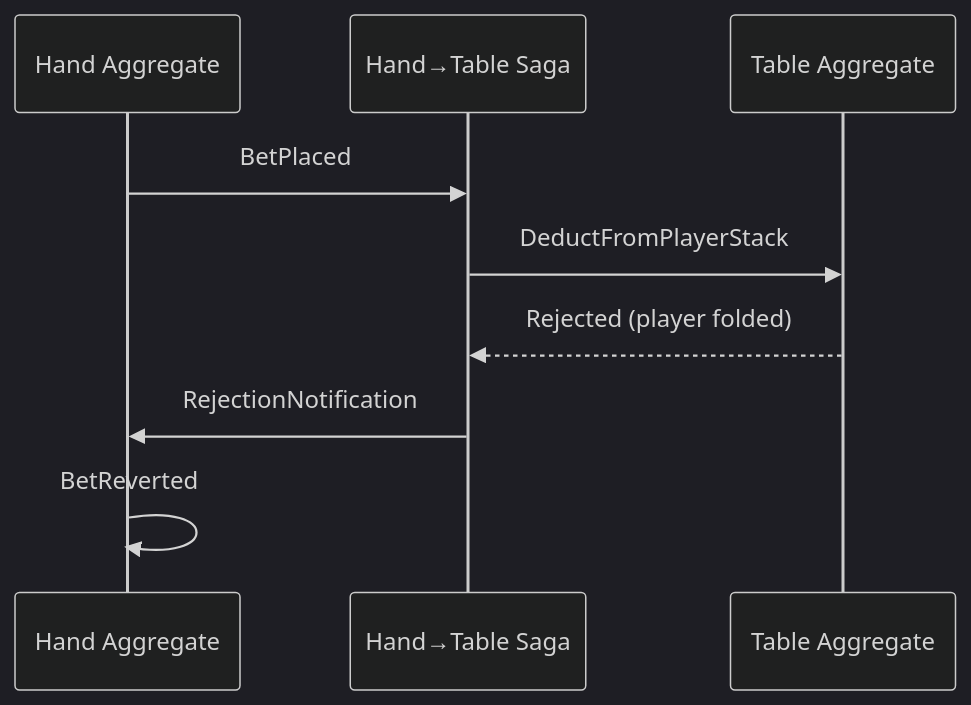
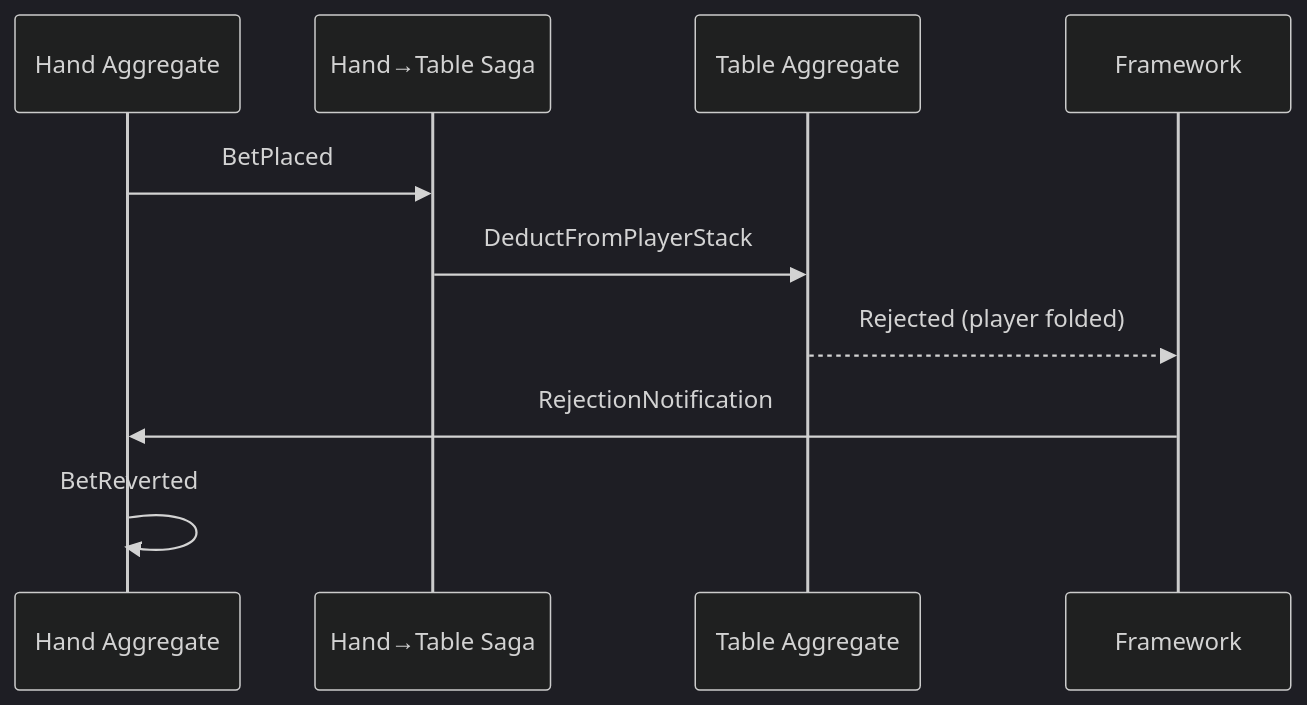
The diagram in docs/docs/features/compensation.mdx (benjaminabbitt/angzarr), drawn with Mermaid (dark theme) before and after one commit. The commit also changed other lines of this file, not shown here.

First line of the commit message:
docs: Fix compensation flow diagram - notifications bypass saga

````diff
--- a/docs/docs/features/compensation.mdx
+++ b/docs/docs/features/compensation.mdx
@@ -37,12 +37,13 @@
 ```mermaid
 sequenceDiagram
     participant Hand as Hand Aggregate
     participant Saga as Hand→Table Saga
     participant Table as Table Aggregate
+    participant FW as Framework
 
     Hand->>Saga: BetPlaced
     Saga->>Table: DeductFromPlayerStack
-    Table-->>Saga: Rejected (player folded)
-    Saga->>Hand: RejectionNotification
+    Table-->>FW: Rejected (player folded)
+    FW->>Hand: RejectionNotification
     Hand->>Hand: BetReverted
 ```
````
